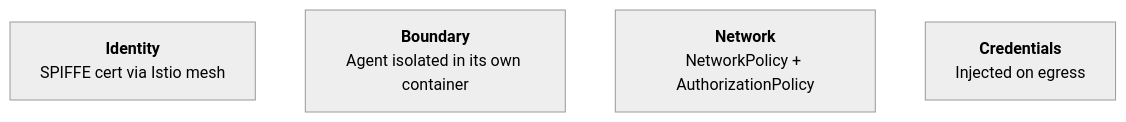
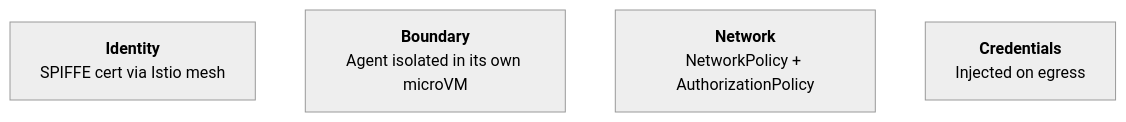
One commit to dam-agents/dam changed the first of 2 diagrams in docs/strategy/security-overview.md. Above: the diagram before and after it, drawn with Mermaid (neutral theme). The commit also changed other lines of this file and 53 other files, not shown here.

````diff
--- a/docs/strategy/security-overview.md
+++ b/docs/strategy/security-overview.md
@@ -11,8 +11,8 @@
 ```mermaid
 flowchart LR
   L1["<b>Identity</b><br/>SPIFFE cert via Istio mesh"]
-  L2["<b>Boundary</b><br/>Agent isolated in its own container"]
+  L2["<b>Boundary</b><br/>Agent isolated in its own microVM"]
   L3["<b>Network</b><br/>NetworkPolicy + AuthorizationPolicy"]
   L4["<b>Credentials</b><br/>Injected on egress"]
   L1 ~~~ L2 ~~~ L3 ~~~ L4
 ```
````
